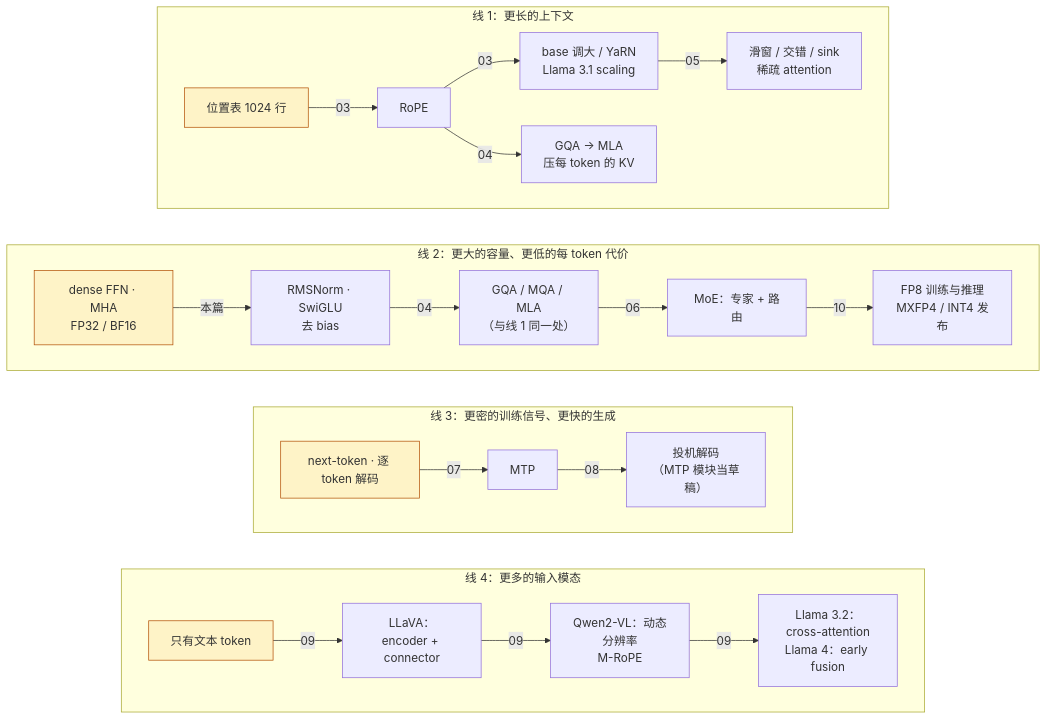
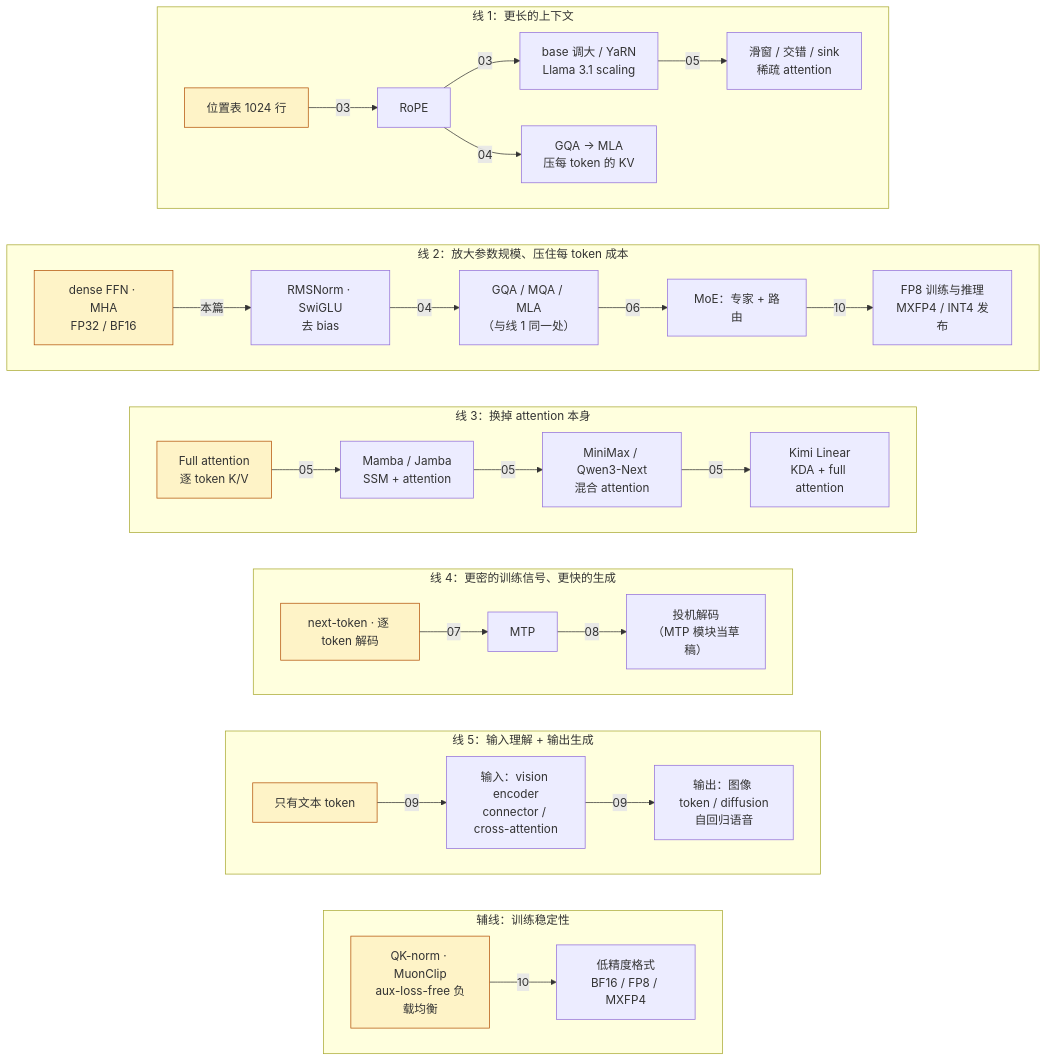
One commit to arganzheng/arganzheng.github.com changed the second of 3 diagrams in _posts/2026-04-02-llm-architecture-evolution-roadmap-from-gpt2.md. Above: the diagram before and after it, drawn with Mermaid. The commit also changed other lines of this file and 3 other files, not shown here.

````diff
--- a/_posts/2026-04-02-llm-architecture-evolution-roadmap-from-gpt2.md
+++ b/_posts/2026-04-02-llm-architecture-evolution-roadmap-from-gpt2.md
@@ -147,25 +161,33 @@
 ```mermaid
 %%{init: {"flowchart": {"wrappingWidth": 130}}}%%
-%% 图：四条演进线与各站所在的篇：每条线从 GPT-2 的填法出发，依次经过提出它们的改动，箭头上的篇号是展开位置
+%% 图：五条演进线与一条辅线：从 GPT-2 的填法出发，箭头上的篇号是展开位置
 flowchart TB
     subgraph L1["线 1：更长的上下文"]
         direction LR
         A0["位置表 1024 行"] -->|03| A1["RoPE"] -->|03| A2["base 调大 / YaRN<br/>Llama 3.1 scaling"] -->|05| A3["滑窗 / 交错 / sink<br/>稀疏 attention"]
         A1 -->|04| A4["GQA → MLA<br/>压每 token 的 KV"]
     end
-    subgraph L2["线 2：更大的容量、更低的每 token 代价"]
+    subgraph L2["线 2：放大参数规模、压住每 token 成本"]
         direction LR
         B0["dense FFN · MHA<br/>FP32 / BF16"] -->|本篇| B1["RMSNorm · SwiGLU<br/>去 bias"] -->|04| B2["GQA / MQA / MLA<br/>（与线 1 同一处）"] -->|06| B3["MoE：专家 + 路由"] -->|10| B4["FP8 训练与推理<br/>MXFP4 / INT4 发布"]
     end
-    subgraph L3["线 3：更密的训练信号、更快的生成"]
+    subgraph L3["线 3：换掉 attention 本身"]
+        direction LR
+        E0["Full attention<br/>逐 token K/V"] -->|05| E1["Mamba / Jamba<br/>SSM + attention"] -->|05| E2["MiniMax / Qwen3-Next<br/>混合 attention"] -->|05| E3["Kimi Linear<br/>KDA + full attention"]
+    end
+    subgraph L4["线 4：更密的训练信号、更快的生成"]
         direction LR
         C0["next-token · 逐 token 解码"] -->|07| C1["MTP"] -->|08| C2["投机解码<br/>（MTP 模块当草稿）"]
     end
-    subgraph L4["线 4：更多的输入模态"]
+    subgraph L5["线 5：输入理解 + 输出生成"]
         direction LR
-        D0["只有文本 token"] -->|09| D1["LLaVA：encoder + connector"] -->|09| D2["Qwen2-VL：动态分辨率<br/>M-RoPE"] -->|09| D3["Llama 3.2：cross-attention<br/>Llama 4：early fusion"]
+        D0["只有文本 token"] -->|09| D1["输入：vision encoder<br/>connector / cross-attention"] -->|09| D2["输出：图像 token / diffusion<br/>自回归语音"]
     end
-    L1 ~~~ L2 ~~~ L3 ~~~ L4
+    subgraph AUX["辅线：训练稳定性"]
+        direction LR
+        S0["QK-norm · MuonClip<br/>aux-loss-free 负载均衡"] -->|10| S1["低精度格式<br/>BF16 / FP8 / MXFP4"]
+    end
+    L1 ~~~ L2 ~~~ L3 ~~~ L4 ~~~ L5 ~~~ AUX
     classDef base fill:#fef3c7,stroke:#b45309;
-    class A0,B0,C0,D0 base;
+    class A0,B0,C0,D0,E0,S0 base;
 ```
````
